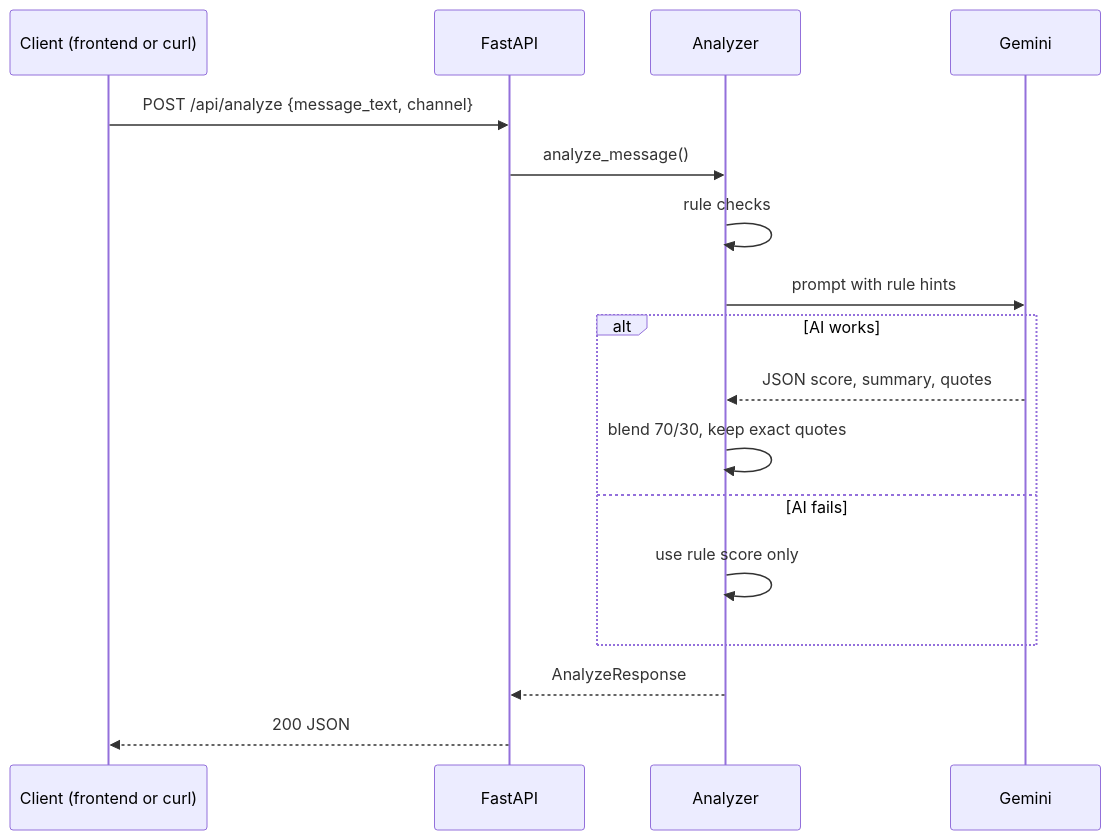
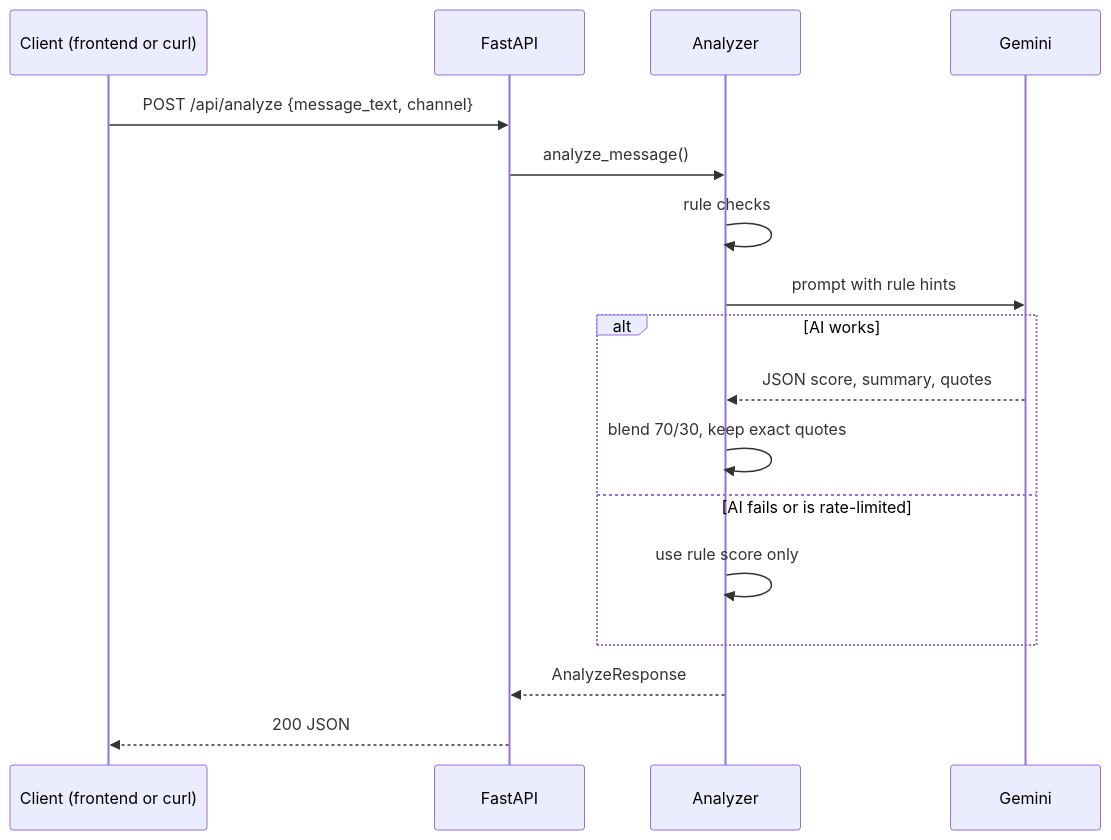
The fourth of 4 diagrams in README.md (Amiteshiitm0820/Parallax-SyntaxError), drawn with Mermaid before and after one commit. The commit also changed other lines of this file, not shown here.

````diff
--- a/README.md
+++ b/README.md
@@ -155,19 +406,19 @@
 ```mermaid
 sequenceDiagram
     participant C as Client (frontend or curl)
     participant API as FastAPI
     participant AN as Analyzer
     participant G as Gemini
     C->>API: POST /api/analyze {message_text, channel}
     API->>AN: analyze_message()
     AN->>AN: rule checks
     AN->>G: prompt with rule hints
     alt AI works
         G-->>AN: JSON score, summary, quotes
         AN->>AN: blend 70/30, keep exact quotes
-    else AI fails
+    else AI fails or is rate-limited
         AN->>AN: use rule score only
     end
     AN-->>API: AnalyzeResponse
     API-->>C: 200 JSON
 ```
````
